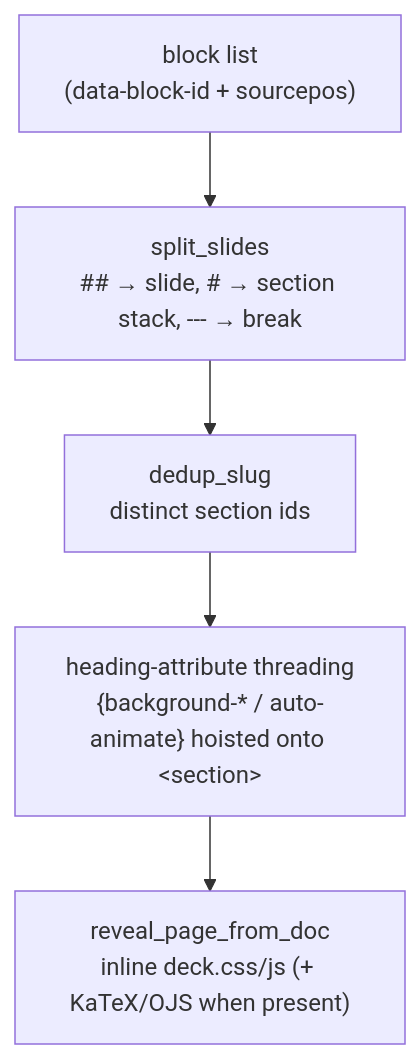
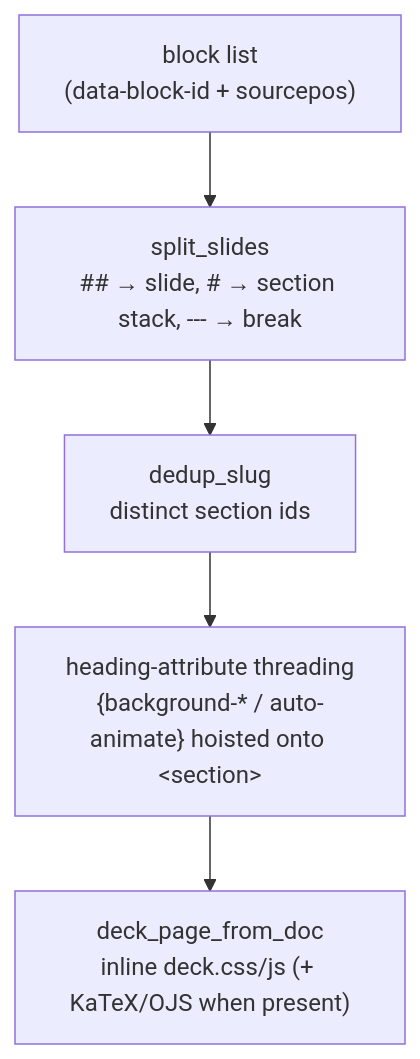
Before and after one commit to AJBogo9/taliesin: the diagram in docs/internals/deck-engine.qmd, drawn with Mermaid. The commit also changed other lines of this file and 21 other files, not shown here.

````diff
--- a/docs/internals/deck-engine.qmd
+++ b/docs/internals/deck-engine.qmd
@@ -27,7 +28,7 @@
 ```{mermaid}
 flowchart TB
   blocks["block list<br/>(data-block-id + sourcepos)"] --> split["split_slides<br/>## → slide, # → section stack, --- → break"]
   split --> dedup["dedup_slug<br/>distinct section ids"]
   dedup --> thread["heading-attribute threading<br/>{background-* / auto-animate} hoisted onto &lt;section&gt;"]
-  thread --> emit["reveal_page_from_doc<br/>inline deck.css/js (+ KaTeX/OJS when present)"]
+  thread --> emit["deck_page_from_doc<br/>inline deck.css/js (+ KaTeX/OJS when present)"]
 ```
````
